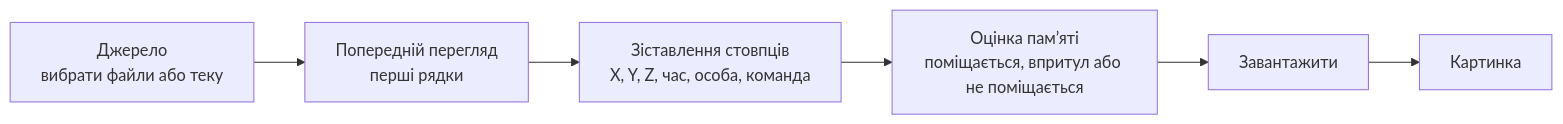
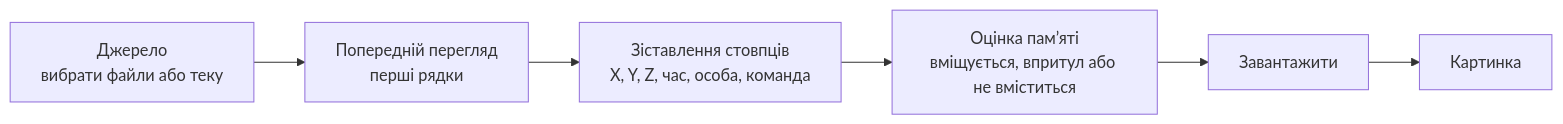
Before and after one commit to Holdi601/3DHeat: the diagram in docs/_uk/getting-data-in.md, drawn with Mermaid. The commit also changed other lines of this file and 593 other files, not shown here.

````diff
--- a/docs/_uk/getting-data-in.md
+++ b/docs/_uk/getting-data-in.md
@@ -23,8 +23,8 @@
 ```mermaid
 flowchart LR
   A["Джерело<br/>вибрати файли або теку"] --> B["Попередній перегляд<br/>перші рядки"]
   B --> C["Зіставлення стовпців<br/>X, Y, Z, час, особа, команда"]
-  C --> D["Оцінка пам’яті<br/>поміщається, впритул або не поміщається"]
+  C --> D["Оцінка пам’яті<br/>вміщується, впритул або не вміститься"]
   D --> E["Завантажити"]
   E --> F["Картинка"]
 ```
````
